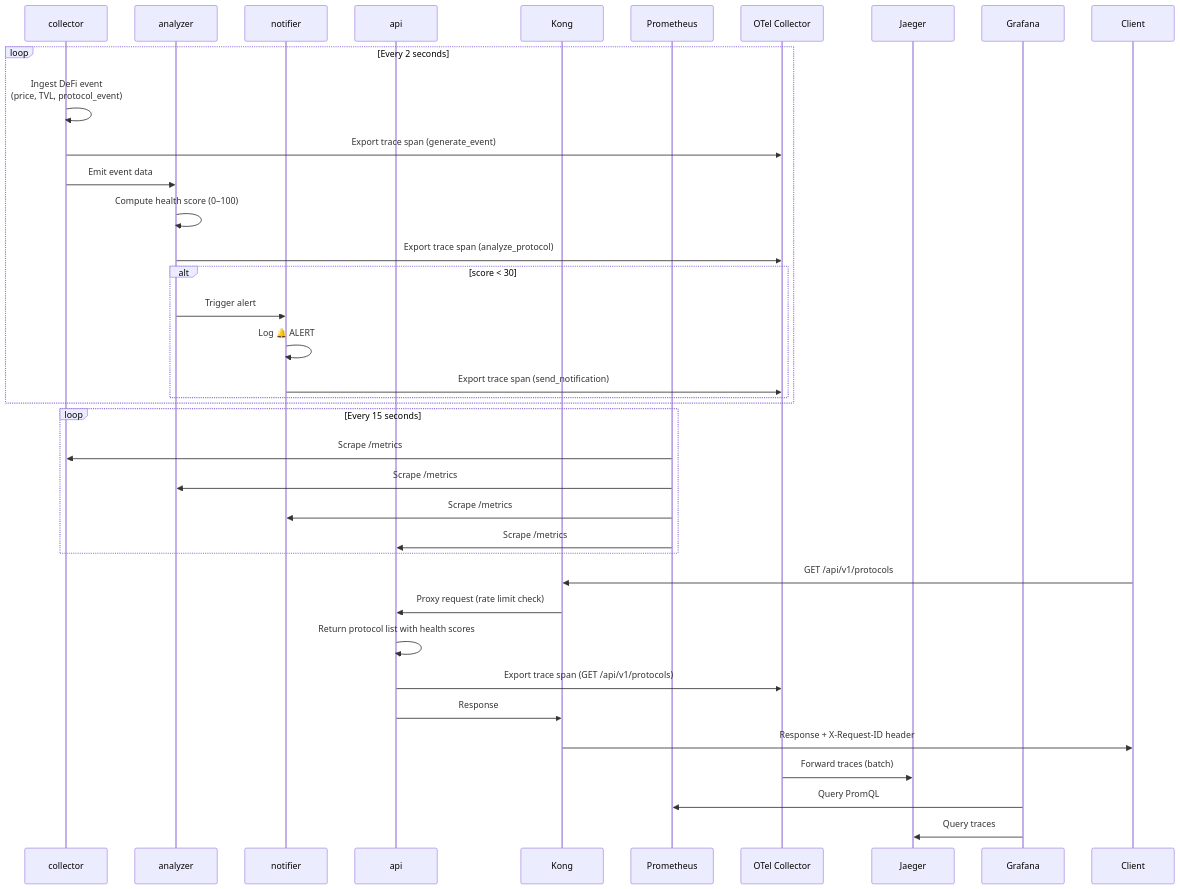
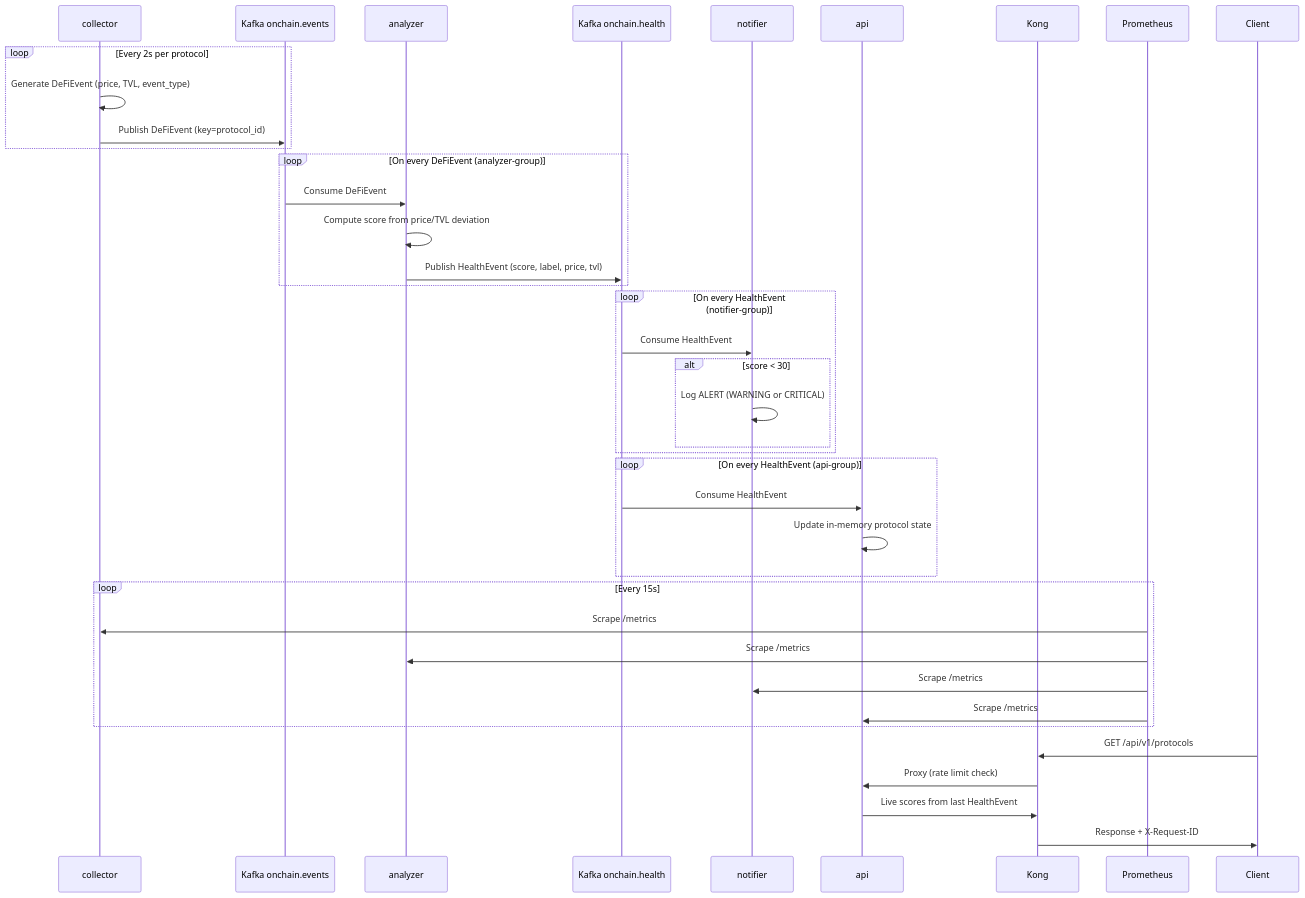
The second of 3 diagrams in README.md (KaelSensei/OnChainHealthMonitor), drawn with Mermaid before and after one commit. The commit also changed other lines of this file and 12 other files, not shown here.

First line of the commit message:
feat(kafka): introduce Kafka event pipeline across all services

````diff
--- a/README.md
+++ b/README.md
@@ -76,44 +80,47 @@
 ```mermaid
 sequenceDiagram
     participant C as collector
+    participant KE as Kafka onchain.events
     participant A as analyzer
+    participant KH as Kafka onchain.health
     participant N as notifier
     participant API as api
     participant K as Kong
     participant P as Prometheus
-    participant OC as OTel Collector
-    participant J as Jaeger
-    participant G as Grafana
     participant CL as Client
 
-    loop Every 2 seconds
-        C->>C: Ingest DeFi event<br/>(price, TVL, protocol_event)
-        C->>OC: Export trace span (generate_event)
-        C->>A: Emit event data
-        A->>A: Compute health score (0–100)
-        A->>OC: Export trace span (analyze_protocol)
+    loop Every 2s per protocol
+        C->>C: Generate DeFiEvent (price, TVL, event_type)
+        C->>KE: Publish DeFiEvent (key=protocol_id)
+    end
+
+    loop On every DeFiEvent (analyzer-group)
+        KE->>A: Consume DeFiEvent
+        A->>A: Compute score from price/TVL deviation
+        A->>KH: Publish HealthEvent (score, label, price, tvl)
+    end
+
+    loop On every HealthEvent (notifier-group)
+        KH->>N: Consume HealthEvent
         alt score < 30
-            A->>N: Trigger alert
-            N->>N: Log 🔔 ALERT
-            N->>OC: Export trace span (send_notification)
+            N->>N: Log ALERT (WARNING or CRITICAL)
         end
     end
 
-    loop Every 15 seconds
+    loop On every HealthEvent (api-group)
+        KH->>API: Consume HealthEvent
+        API->>API: Update in-memory protocol state
+    end
+
+    loop Every 15s
         P->>C: Scrape /metrics
         P->>A: Scrape /metrics
         P->>N: Scrape /metrics
         P->>API: Scrape /metrics
     end
 
     CL->>K: GET /api/v1/protocols
-    K->>API: Proxy request (rate limit check)
-    API->>API: Return protocol list with health scores
-    API->>OC: Export trace span (GET /api/v1/protocols)
-    API->>K: Response
-    K->>CL: Response + X-Request-ID header
-
-    OC->>J: Forward traces (batch)
-    G->>P: Query PromQL
-    G->>J: Query traces
+    K->>API: Proxy (rate limit check)
+    API->>K: Live scores from last HealthEvent
+    K->>CL: Response + X-Request-ID
 ```
````
